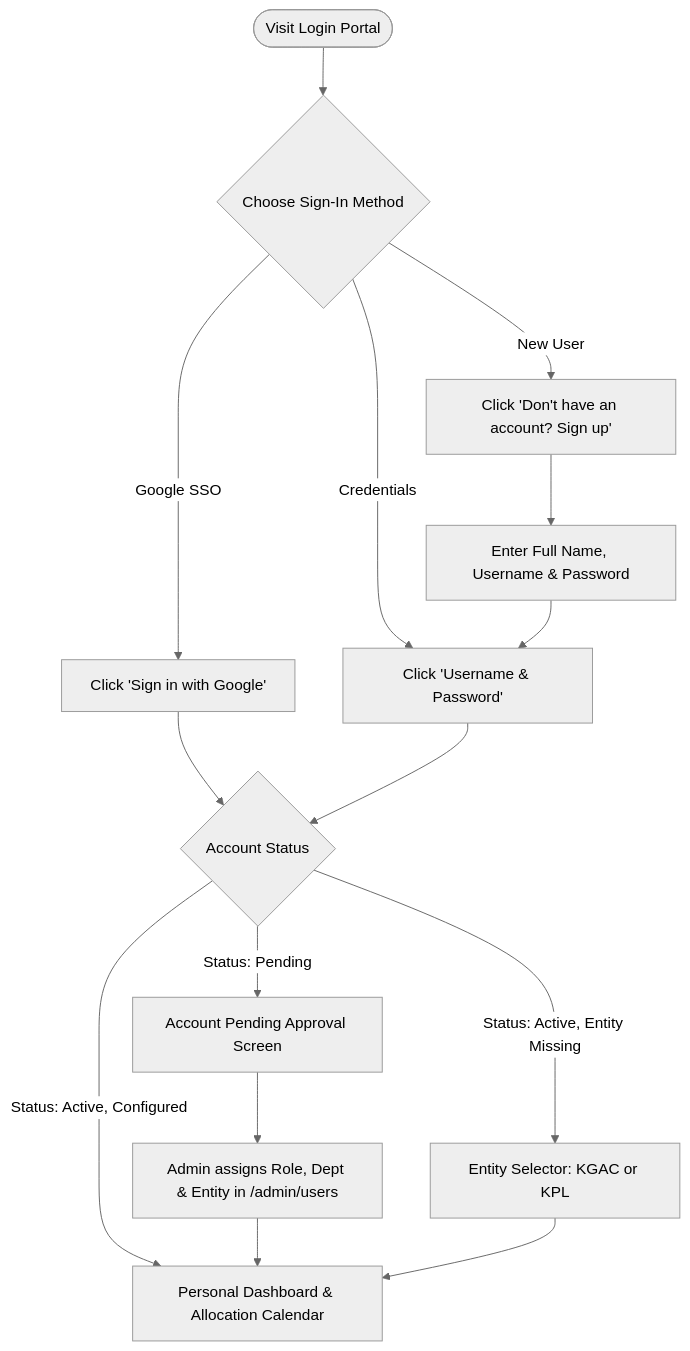
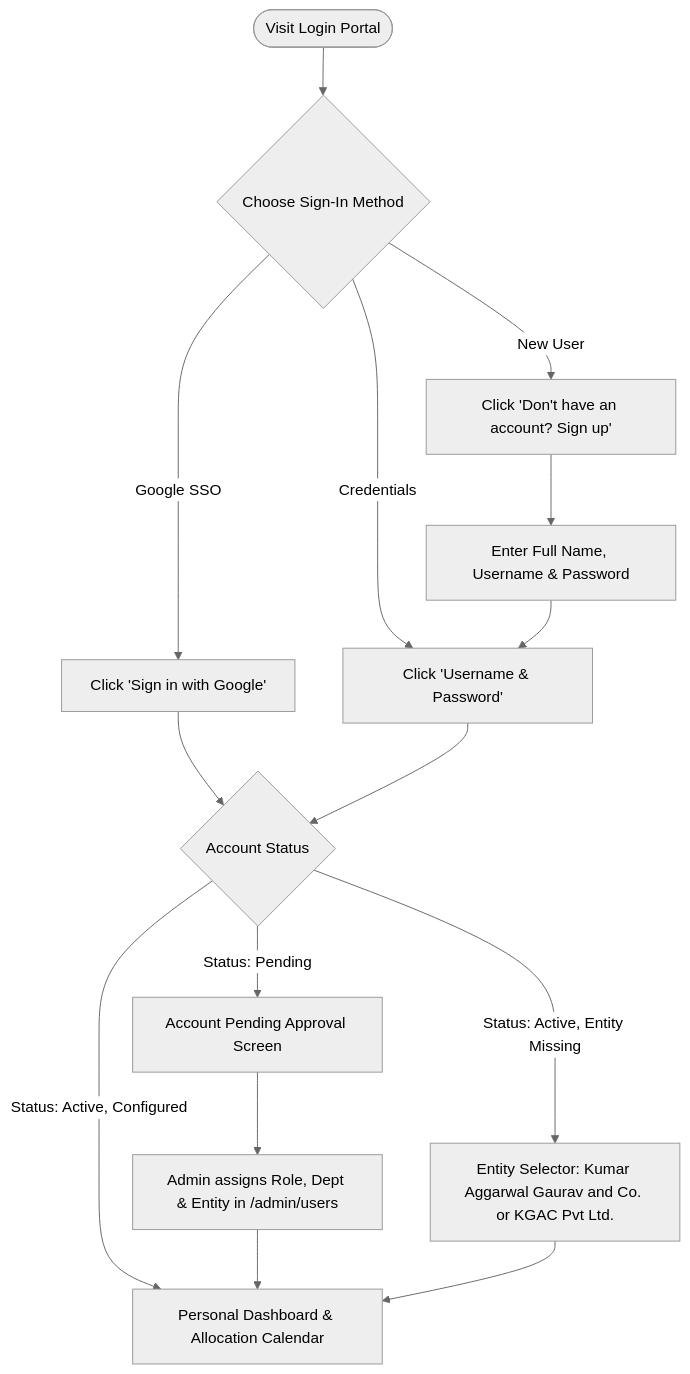
Before and after one commit to Rachit-Goyal238/kgac-allocation: the second of 3 diagrams in docs/guides/MASTER_USER_WALKTHROUGH_GUIDE.md, drawn with Mermaid (neutral theme). The commit also changed other lines of this file and 66 other files, not shown here.

````diff
--- a/docs/guides/MASTER_USER_WALKTHROUGH_GUIDE.md
+++ b/docs/guides/MASTER_USER_WALKTHROUGH_GUIDE.md
@@ -91,21 +91,21 @@
 ```mermaid
 graph TD
     Start([Visit Login Portal]) --> AuthChoice{Choose Sign-In Method}
     AuthChoice -->|Google SSO| GoogleOAuth[Click 'Sign in with Google']
     AuthChoice -->|Credentials| UserPass[Click 'Username & Password']
     AuthChoice -->|New User| SignUp[Click 'Don't have an account? Sign up']
     
     SignUp --> CreateAcc[Enter Full Name, Username & Password]
     CreateAcc --> UserPass
     
     GoogleOAuth --> StatusCheck{Account Status}
     UserPass --> StatusCheck
     
     StatusCheck -->|Status: Pending| PendingScreen[Account Pending Approval Screen]
-    StatusCheck -->|Status: Active, Entity Missing| EntityModal[Entity Selector: KGAC or KPL]
+    StatusCheck -->|Status: Active, Entity Missing| EntityModal[Entity Selector: Kumar Aggarwal Gaurav and Co. or KGAC Pvt Ltd.]
     StatusCheck -->|Status: Active, Configured| AppHome[Personal Dashboard & Allocation Calendar]
     
     PendingScreen --> AdminReview[Admin assigns Role, Dept & Entity in /admin/users]
     AdminReview --> AppHome
     EntityModal --> AppHome
 ```
````
